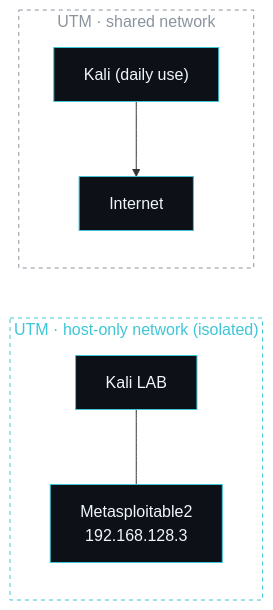
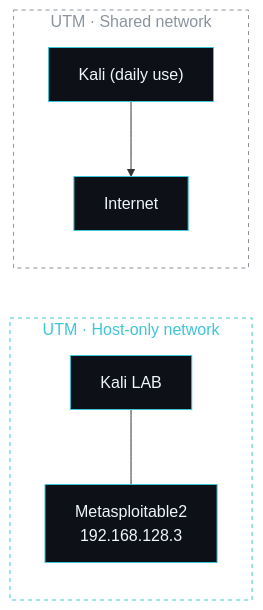
Before and after one commit to elena-lucero/cybersecurity-portfolio: the diagram in home-lab-metasploitable2.md, drawn with Mermaid. The commit also changed other lines of this file, not shown here.

````diff
--- a/home-lab-metasploitable2.md
+++ b/home-lab-metasploitable2.md
@@ -37,13 +44,13 @@
 ```mermaid
 flowchart LR
-  subgraph HOSTONLY["UTM · host-only network (isolated)"]
+  subgraph HOSTONLY["UTM · Host-only network"]
     K["Kali LAB"] --- M["Metasploitable2<br/>192.168.128.3"]
   end
-  subgraph SHARED["UTM · shared network"]
+  subgraph SHARED["UTM · Shared network"]
     KD["Kali (daily use)"] --> NET["Internet"]
   end
   classDef node fill:#0D1117,stroke:#3EC6D6,stroke-width:1px,color:#F0F6FC
   class K,M,KD,NET node
   style HOSTONLY fill:transparent,stroke:#3EC6D6,stroke-dasharray:4 4,color:#3EC6D6
   style SHARED fill:transparent,stroke:#8B949E,stroke-dasharray:4 4,color:#8B949E
 ```
````
